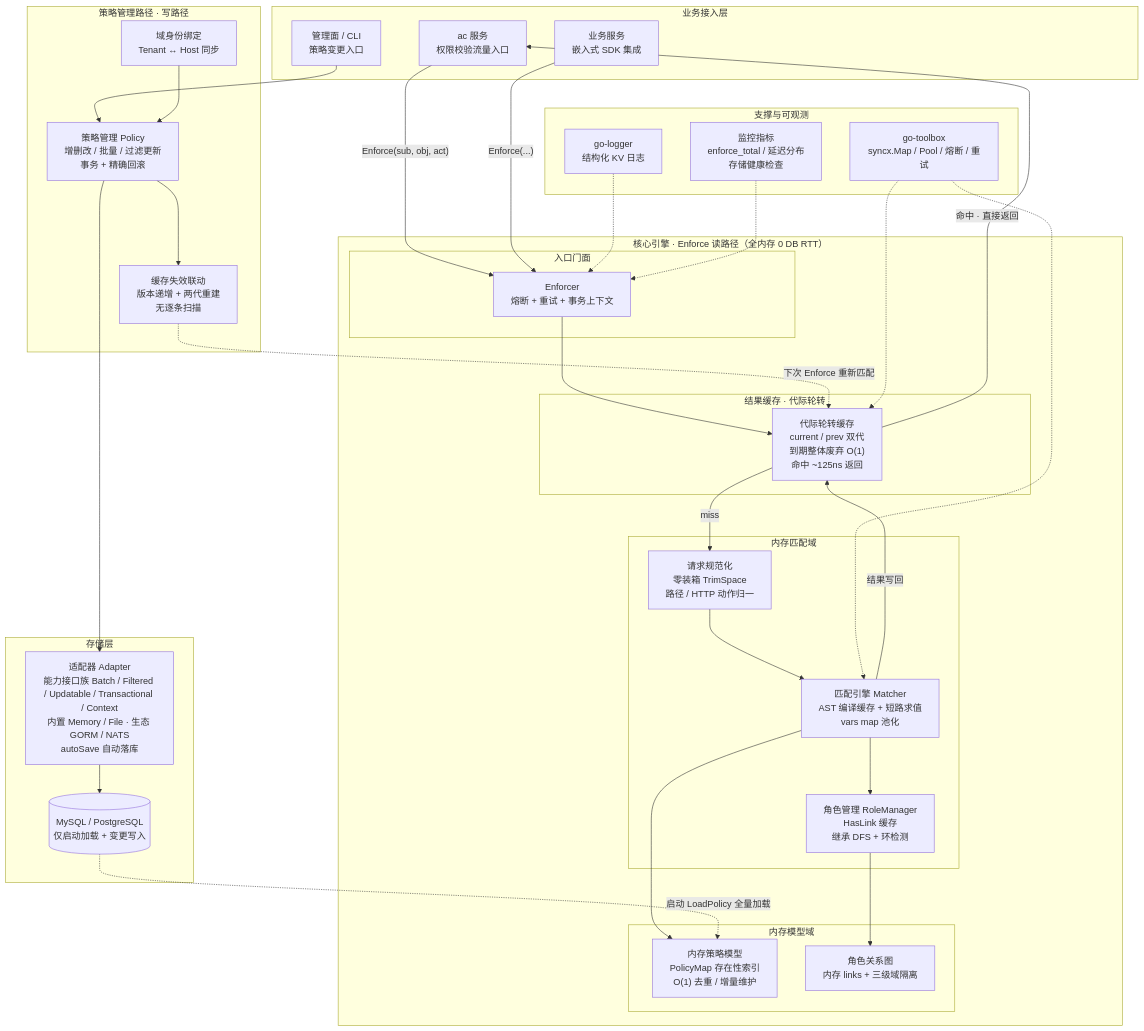
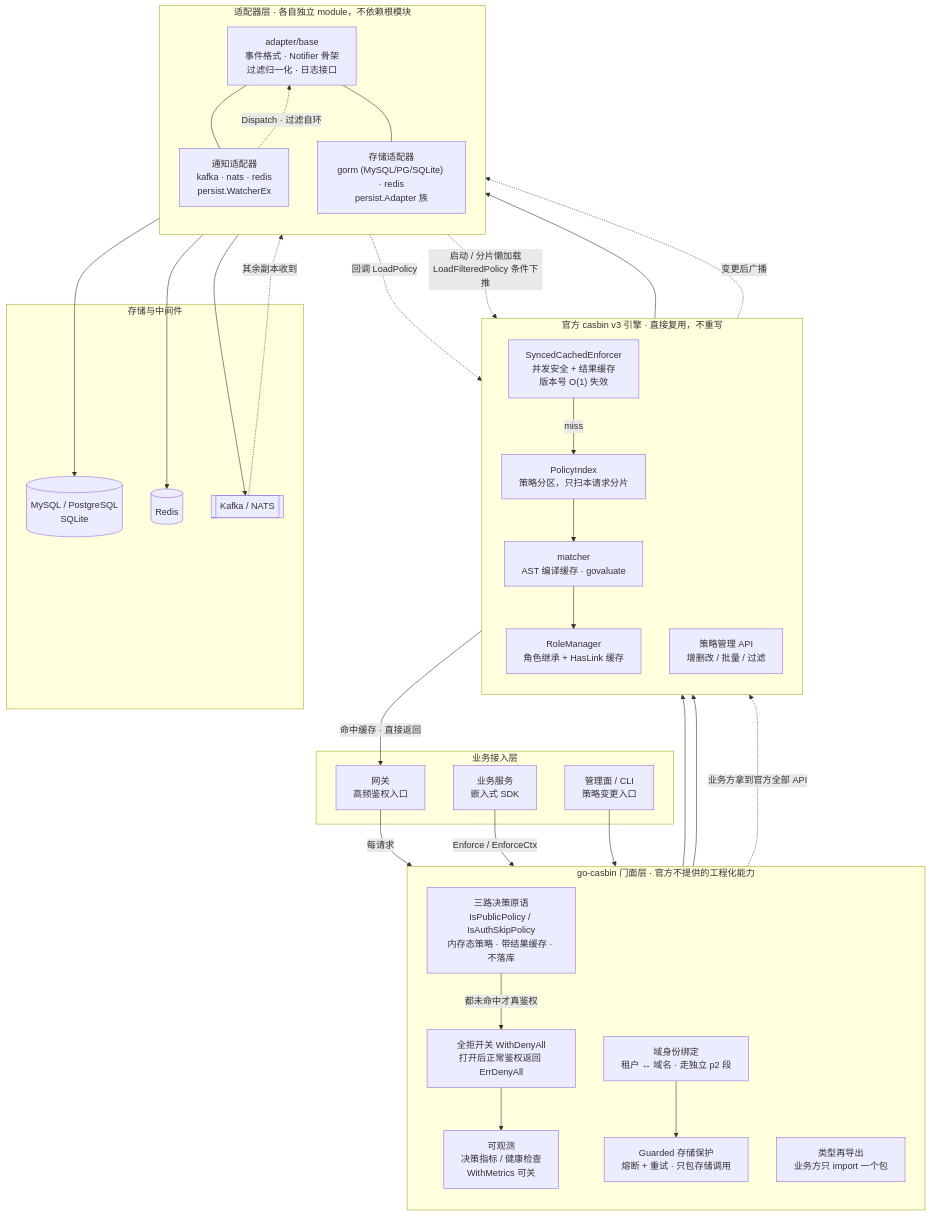
One commit to kamalyes/go-casbin changed the first of 3 diagrams in README.md. Above: the diagram before and after it, drawn with Mermaid. The commit also changed other lines of this file and 158 other files, not shown here.

````diff
--- a/README.md
+++ b/README.md
@@ -50,81 +55,79 @@
 ```mermaid
 flowchart TB
     %% ==================== 业务接入层 ====================
-    subgraph "业务接入层"
-        ACSvc["ac 服务<br/>权限校验流量入口"]
-        BizApp["业务服务<br/>嵌入式 SDK 集成"]
+    subgraph BIZ["业务接入层"]
+        Gateway["网关<br/>高频鉴权入口"]
+        BizApp["业务服务<br/>嵌入式 SDK"]
         AdminCLI["管理面 / CLI<br/>策略变更入口"]
     end
 
-    %% ==================== 核心引擎 · Enforce 读路径 ====================
-    subgraph "核心引擎 · Enforce 读路径（全内存 0 DB RTT）"
-
-        subgraph "入口门面"
-            Enforcer["Enforcer<br/>熔断 + 重试 + 事务上下文"]
-        end
-
-        subgraph "结果缓存 · 代际轮转"
-            GenCache["代际轮转缓存<br/>current / prev 双代<br/>到期整体废弃 O(1)<br/>命中 ~125ns 返回"]
-        end
-
-        subgraph "内存匹配域"
-            Normalize["请求规范化<br/>零装箱 TrimSpace<br/>路径 / HTTP 动作归一"]
-            Matcher["匹配引擎 Matcher<br/>AST 编译缓存 + 短路求值<br/>vars map 池化"]
-            RoleLink["角色管理 RoleManager<br/>HasLink 缓存<br/>继承 DFS + 环检测"]
-        end
-
-        subgraph "内存模型域"
-            MemModel["内存策略模型<br/>PolicyMap 存在性索引<br/>O(1) 去重 / 增量维护"]
-            RoleGraph["角色关系图<br/>内存 links + 三级域隔离"]
-        end
+    %% ==================== 门面层 ====================
+    subgraph FACADE["go-casbin 门面层 · 官方不提供的工程化能力"]
+        direction TB
+        Gate["全拒开关 WithDenyAll<br/>打开后正常鉴权返回 ErrDenyAll"]
+        ThreeWay["三路决策原语<br/>IsPublicPolicy / IsAuthSkipPolicy<br/>内存态策略 · 带结果缓存 · 不落库"]
+        Identity["域身份绑定<br/>租户 ↔ 域名 · 走独立 p2 段"]
+        Guard["Guarded 存储保护<br/>熔断 + 重试 · 只包存储调用"]
+        Obs["可观测<br/>决策指标 / 健康检查<br/>WithMetrics 可关"]
+        ReExport["类型再导出<br/>业务方只 import 一个包"]
     end
 
-    %% ==================== 策略管理路径 · 写路径 ====================
-    subgraph "策略管理路径 · 写路径"
-        PolicyMgr["策略管理 Policy<br/>增删改 / 批量 / 过滤更新<br/>事务 + 精确回滚"]
-        DomainSync["域身份绑定<br/>Tenant ↔ Host 同步"]
-        CacheInvalid["缓存失效联动<br/>版本递增 + 两代重建<br/>无逐条扫描"]
+    %% ==================== 官方引擎 ====================
+    subgraph CORE["官方 casbin v3 引擎 · 直接复用，不重写"]
+        direction TB
+        Synced["SyncedCachedEnforcer<br/>并发安全 + 结果缓存<br/>版本号 O(1) 失效"]
+        Index["PolicyIndex<br/>策略分区，只扫本请求分片"]
+        Matcher["matcher<br/>AST 编译缓存 · govaluate"]
+        RoleMgr["RoleManager<br/>角色继承 + HasLink 缓存"]
+        Txn["策略管理 API<br/>增删改 / 批量 / 过滤"]
     end
 
-    %% ==================== 存储层 ====================
-    subgraph "存储层"
-        Adapter["适配器 Adapter<br/>能力接口族 Batch / Filtered / Updatable / Transactional / Context<br/>内置 Memory / File · 生态 GORM / NATS<br/>autoSave 自动落库"]
-        Database[("MySQL / PostgreSQL<br/>仅启动加载 + 变更写入")]
+    %% ==================== 适配器层 ====================
+    subgraph ADP["适配器层 · 各自独立 module，不依赖根模块"]
+        direction TB
+        Base["adapter/base<br/>事件格式 · Notifier 骨架<br/>过滤归一化 · 日志接口"]
+        Store["存储适配器<br/>gorm (MySQL/PG/SQLite) · redis<br/>persist.Adapter 族"]
+        Notify["通知适配器<br/>kafka · nats · redis<br/>persist.WatcherEx"]
     end
 
-    %% ==================== 支撑与可观测 ====================
-    subgraph "支撑与可观测"
-        Toolbox["go-toolbox<br/>syncx.Map / Pool / 熔断 / 重试"]
-        Logger["go-logger<br/>结构化 KV 日志"]
-        Monitor["监控指标<br/>enforce_total / 延迟分布<br/>存储健康检查"]
+    %% ==================== 外部 ====================
+    subgraph EXT["存储与中间件"]
+        DB[("MySQL / PostgreSQL<br/>SQLite")]
+        Redis[("Redis")]
+        MQ[["Kafka / NATS"]]
     end
 
-    %% ==================== 读路径 ====================
-    ACSvc -->|"Enforce(sub, obj, act)"| Enforcer
-    BizApp -->|"Enforce(...)"| Enforcer
-    Enforcer --> GenCache
-    GenCache -->|"命中 · 直接返回"| ACSvc
-    GenCache -->|"miss"| Normalize
-    Normalize --> Matcher
-    Matcher --> MemModel
-    Matcher --> RoleLink
-    RoleLink --> RoleGraph
-    Matcher -->|"结果写回"| GenCache
+    %% ==================== 读路径（决策）====================
+    Gateway -->|"每请求"| ThreeWay
+    BizApp -->|"Enforce / EnforceCtx"| Gate
+    ThreeWay -->|"都未命中才真鉴权"| Gate
+    Gate --> Obs
+    Obs --> Synced
+    Synced -->|"命中缓存 · 直接返回"| Gateway
+    Synced -->|"miss"| Index
+    Index --> Matcher
+    Matcher --> RoleMgr
 
-    %% ==================== 写路径 ====================
-    AdminCLI --> PolicyMgr
-    DomainSync --> PolicyMgr
-    PolicyMgr --> Adapter
-    Adapter --> Database
-    PolicyMgr --> CacheInvalid
-    CacheInvalid -.->|"下次 Enforce 重新匹配"| GenCache
+    %% ==================== 写路径（策略变更）====================
+    AdminCLI --> Guard
+    Identity --> Guard
+    Guard --> Txn
+    Txn --> Store
+    Store --> DB
+    Store --> Redis
+    Txn -.->|"变更后广播"| Notify
+    Notify --> MQ
+
+    %% ==================== 同步回路 ====================
+    MQ -.->|"其余副本收到"| Notify
+    Notify -.->|"Dispatch · 过滤自环"| Base
+    Base -.->|"回调 LoadPolicy"| Synced
 
     %% ==================== 启动加载 ====================
-    Database -.->|"启动 LoadPolicy 全量加载"| MemModel
+    Store -.->|"启动 / 分片懒加载<br/>LoadFilteredPolicy 条件下推"| Synced
 
-    %% ==================== 支撑 ====================
-    Toolbox -.-> Matcher
-    Toolbox -.-> GenCache
-    Logger -.-> Enforcer
-    Monitor -.-> Enforcer
+    %% ==================== 依赖 ====================
+    Base --- Store
+    Base --- Notify
+    ReExport -.->|"业务方拿到官方全部 API"| CORE
 ```
````
